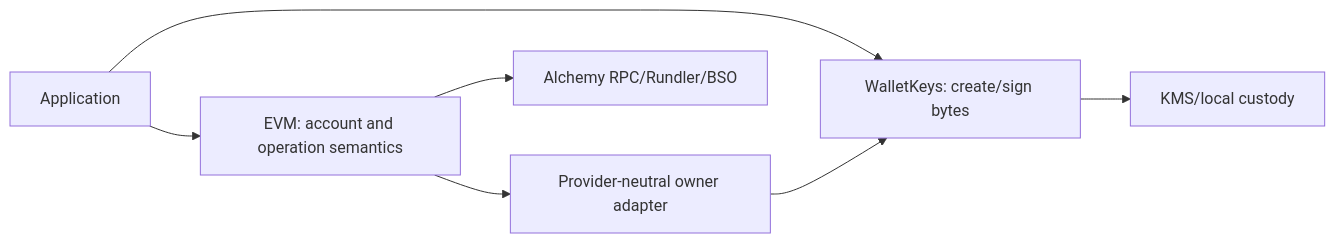
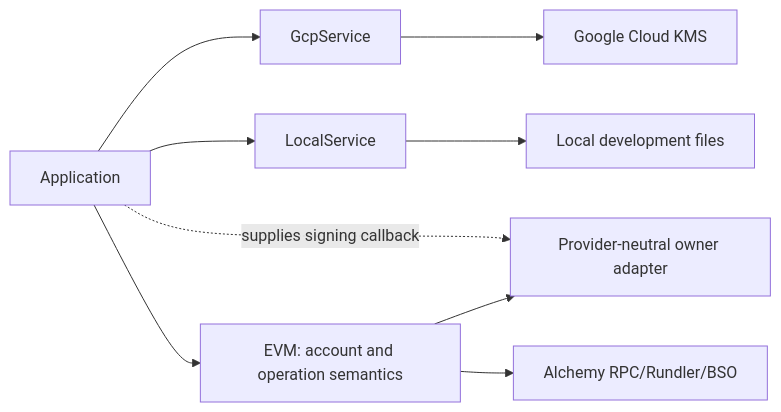
One commit to thenamespace/namera changed the diagram in architecture/packages/chain-custody.md. Above: the diagram before and after it, drawn with Mermaid. The commit also changed other lines of this file and 61 other files, not shown here.

````diff
--- a/architecture/packages/chain-custody.md
+++ b/architecture/packages/chain-custody.md
@@ -40,9 +40,11 @@
 ```mermaid
 flowchart LR
-  Application --> WalletKeys[WalletKeys: create/sign bytes]
+  Application --> GCP[GcpService]
+  Application --> Local[LocalService]
   Application --> EVM[EVM: account and operation semantics]
-  WalletKeys --> Provider[KMS/local custody]
+  GCP --> KMS[Google Cloud KMS]
+  Local --> Files[Local development files]
   EVM --> Owner[Provider-neutral owner adapter]
-  Owner --> WalletKeys
+  Application -. supplies signing callback .-> Owner
   EVM --> RPC[Alchemy RPC/Rundler/BSO]
 ```
````
